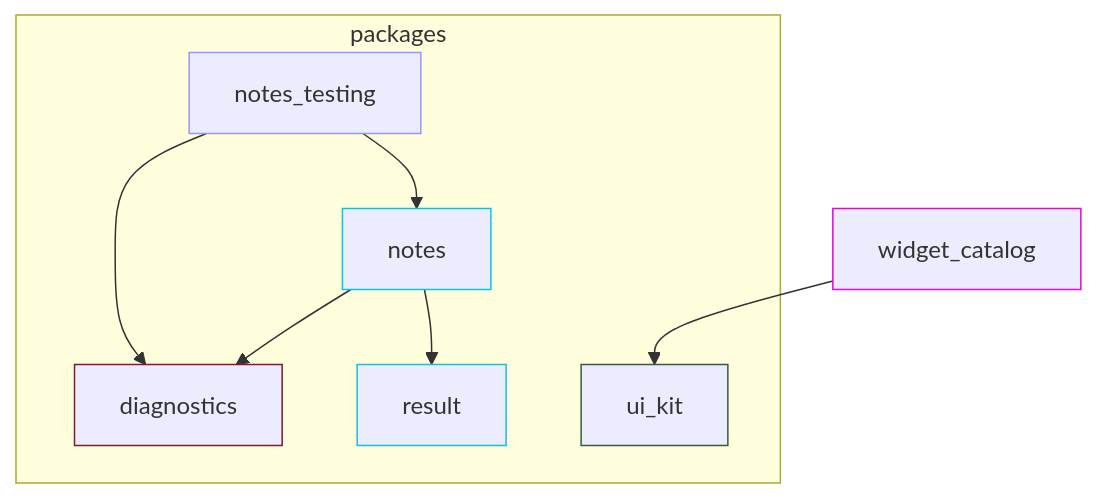
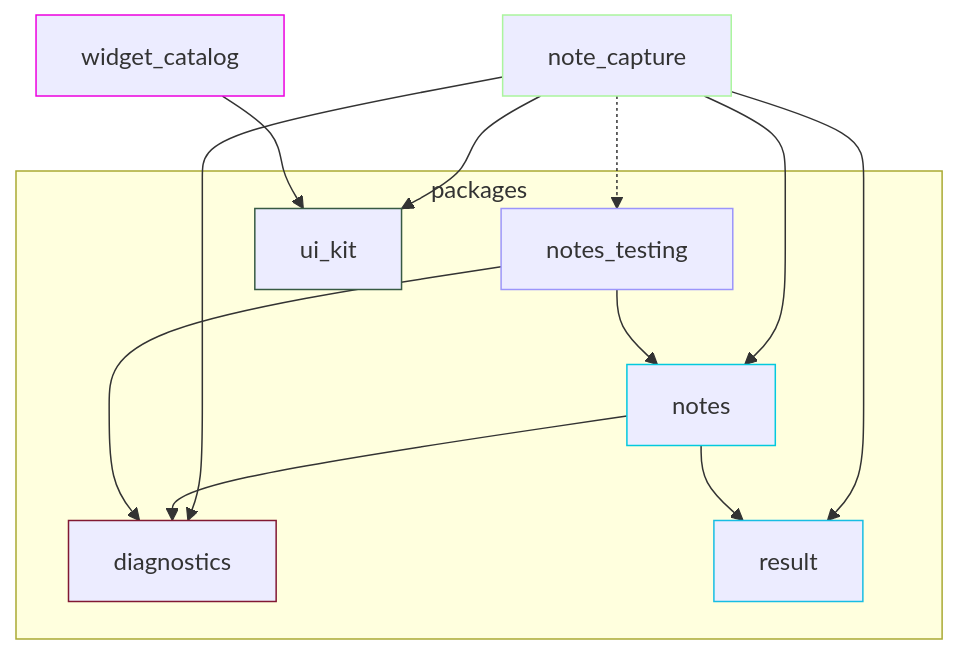
The diagram in docs/module-graph.md (ethicnology/flutter-template), drawn with Mermaid before and after one commit. The commit also changed 20 other files, not shown here.

````diff
--- a/docs/module-graph.md
+++ b/docs/module-graph.md
@@ -5,27 +5,34 @@
 ```mermaid
 graph TD
   diagnostics["diagnostics"]
   style diagnostics stroke:#811832
+  note_capture["note_capture"]
+  style note_capture stroke:#abf59e
   notes["notes"]
   style notes stroke:#03c9dd
   notes_testing["notes_testing"]
   style notes_testing stroke:#9b95fb
   result["result"]
   style result stroke:#17bde3
   ui_kit["ui_kit"]
   style ui_kit stroke:#375a43
   widget_catalog["widget_catalog"]
   style widget_catalog stroke:#ed01df
+  note_capture --> diagnostics
+  note_capture --> notes
+  note_capture --> result
+  note_capture --> ui_kit
+  note_capture -.-> notes_testing
   notes --> diagnostics
   notes --> result
   notes_testing --> diagnostics
   notes_testing --> notes
   widget_catalog --> ui_kit
   subgraph packages0 ["packages"]
     diagnostics
     notes
     notes_testing
     result
     ui_kit
   end
 ```
````
